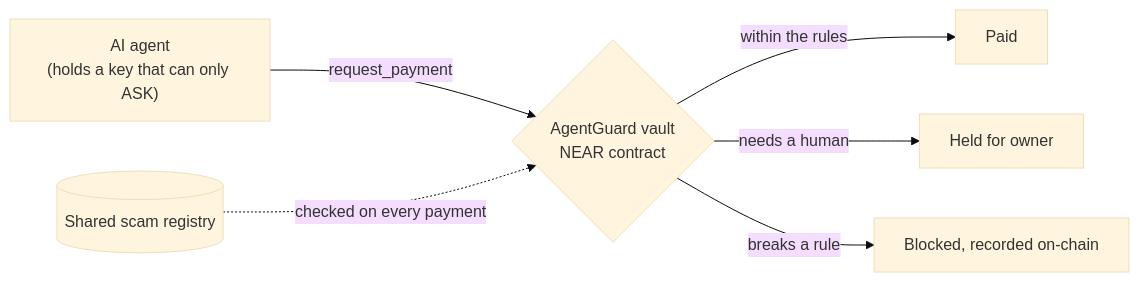
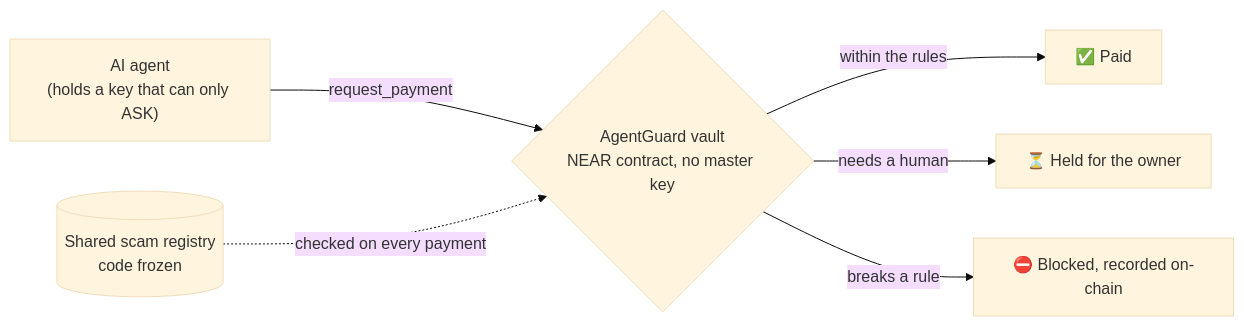
The diagram in README.md (zaxcoraider/AgentGuard), drawn with Mermaid (base theme) before and after one commit. The commit also changed other lines of this file and 3 other files, not shown here.

First line of the commit message:
README: 5-minute read with live screenshots, zero master keys, Sentinel as a business, roadmap

````diff
--- a/README.md
+++ b/README.md
@@ -27,8 +89,8 @@
 ```mermaid
 flowchart LR
-    A["AI agent<br/>(holds a key that can only ASK)"] -->|request_payment| V{"AgentGuard vault<br/>NEAR contract"}
-    R[("Shared scam registry")] -.checked on every payment.-> V
-    V -->|within the rules| P["Paid"]
-    V -->|needs a human| H["Held for owner"]
-    V -->|breaks a rule| B["Blocked, recorded on-chain"]
+    A["AI agent<br/>(holds a key that can only ASK)"] -->|request_payment| V{"AgentGuard vault<br/>NEAR contract, no master key"}
+    R[("Shared scam registry<br/>code frozen")] -.checked on every payment.-> V
+    V -->|within the rules| P["✅ Paid"]
+    V -->|needs a human| H["⏳ Held for the owner"]
+    V -->|breaks a rule| B["⛔ Blocked, recorded on-chain"]
 ```
````
